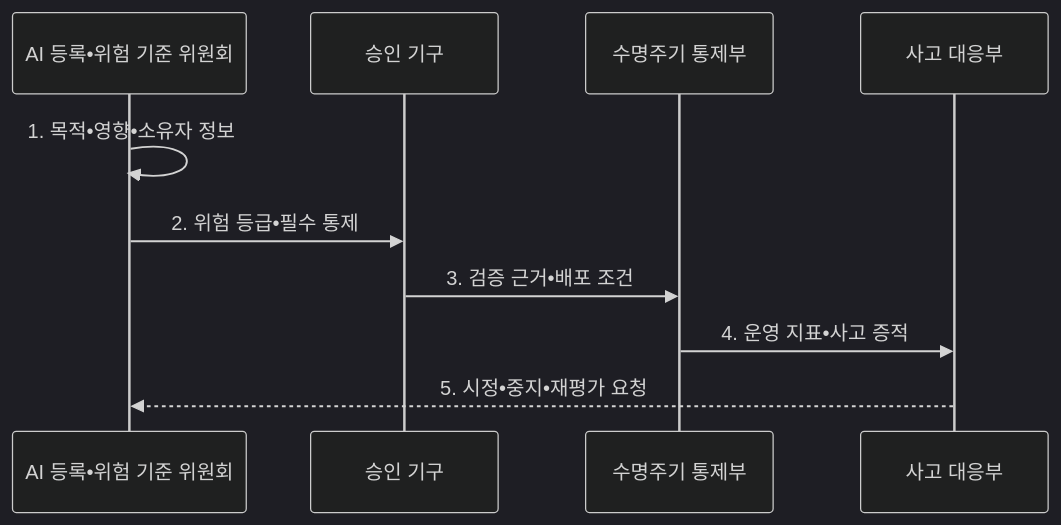
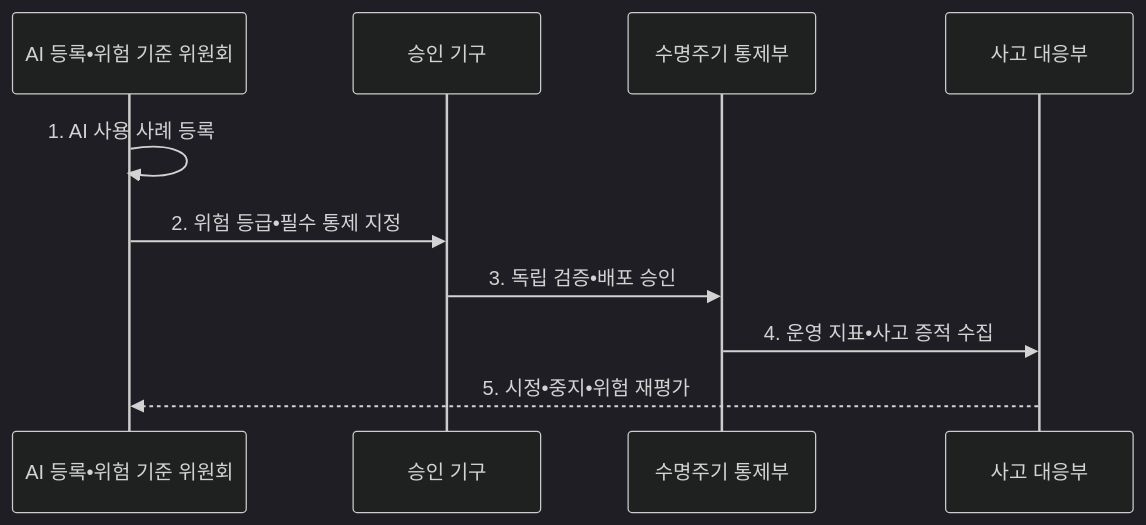
The second of 2 diagrams in src/content/docs/notes/08-latest-tech/099_ai_governance.md (agnusdei1207/knowledge-base), drawn with Mermaid (dark theme) before and after one commit. The commit also changed other lines of this file and 13 other files, not shown here.

````diff
--- a/src/content/docs/notes/08-latest-tech/099_ai_governance.md
+++ b/src/content/docs/notes/08-latest-tech/099_ai_governance.md
@@ -108,12 +108,12 @@
 ```mermaid
 sequenceDiagram
   participant C as AI 등록•위험 기준 위원회
   participant A as 승인 기구
   participant L as 수명주기 통제부
   participant I as 사고 대응부
-  C->>C: 1. 목적•영향•소유자 정보
-  C->>A: 2. 위험 등급•필수 통제
-  A->>L: 3. 검증 근거•배포 조건
-  L->>I: 4. 운영 지표•사고 증적
-  I-->>C: 5. 시정•중지•재평가 요청
+  C->>C: 1. AI 사용 사례 등록
+  C->>A: 2. 위험 등급•필수 통제 지정
+  A->>L: 3. 독립 검증•배포 승인
+  L->>I: 4. 운영 지표•사고 증적 수집
+  I-->>C: 5. 시정•중지•위험 재평가
 ```
````
